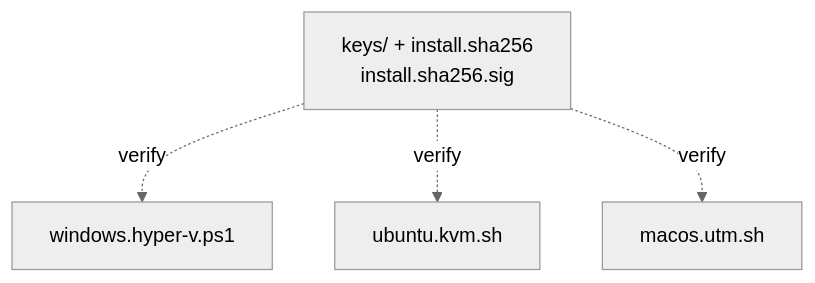
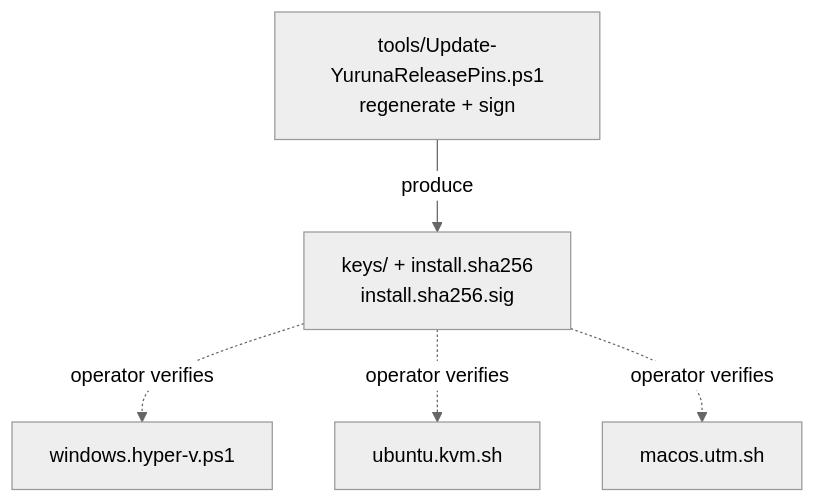
One commit to alissonsol/yuruna changed the fifth of 7 diagrams in docs/design/02-component-breakdown.md. Above: the diagram before and after it, drawn with Mermaid (neutral theme). The commit also changed other lines of this file and 536 other files, not shown here.

````diff
--- a/docs/design/02-component-breakdown.md
+++ b/docs/design/02-component-breakdown.md
@@ -106,11 +228,13 @@
 ```mermaid
 flowchart TD
     win-install[windows.hyper-v.ps1]
     kvm-install[ubuntu.kvm.sh]
     utm-install[macos.utm.sh]
     integrity[keys/ + install.sha256<br/>install.sha256.sig]
+    release-pins[tools/Update-YurunaReleasePins.ps1<br/>regenerate + sign]
 
-    integrity -.->|verify| win-install
-    integrity -.->|verify| kvm-install
-    integrity -.->|verify| utm-install
+    release-pins -->|produce| integrity
+    integrity -.->|operator verifies| win-install
+    integrity -.->|operator verifies| kvm-install
+    integrity -.->|operator verifies| utm-install
 ```
````
